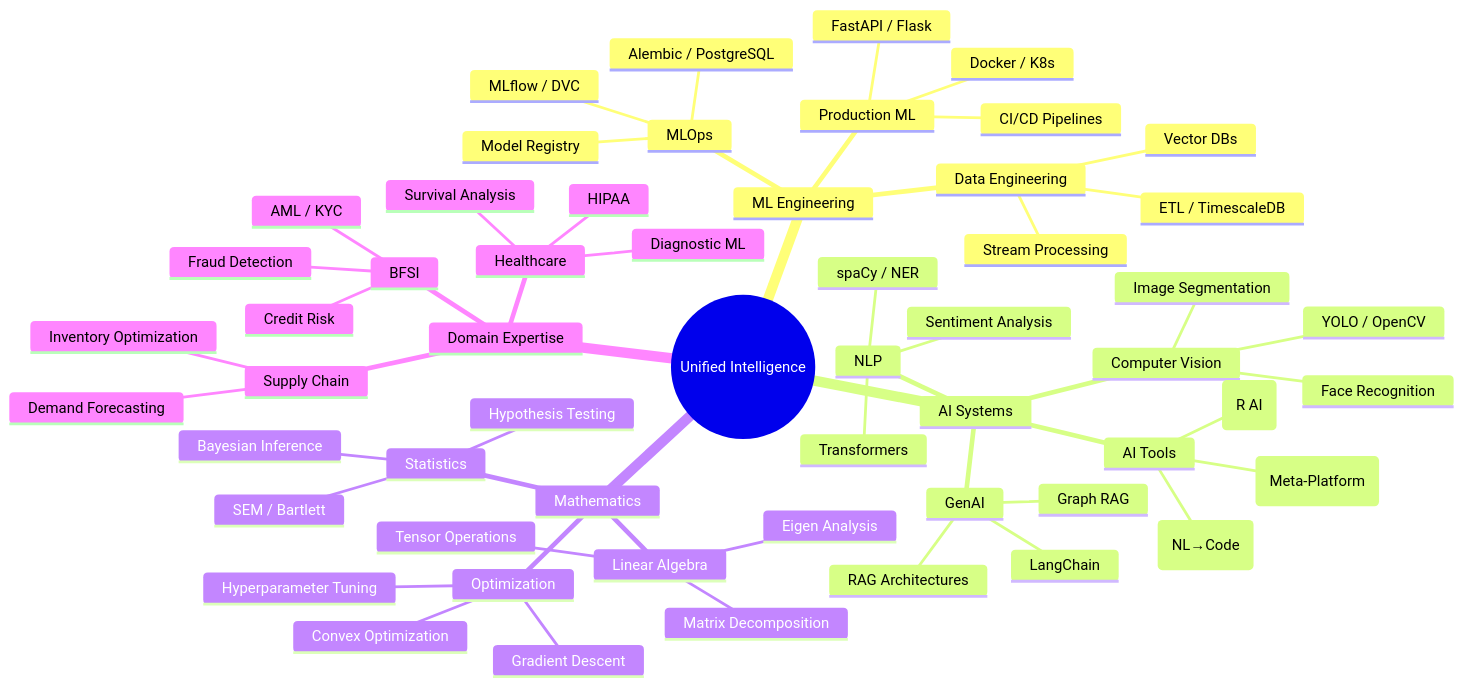
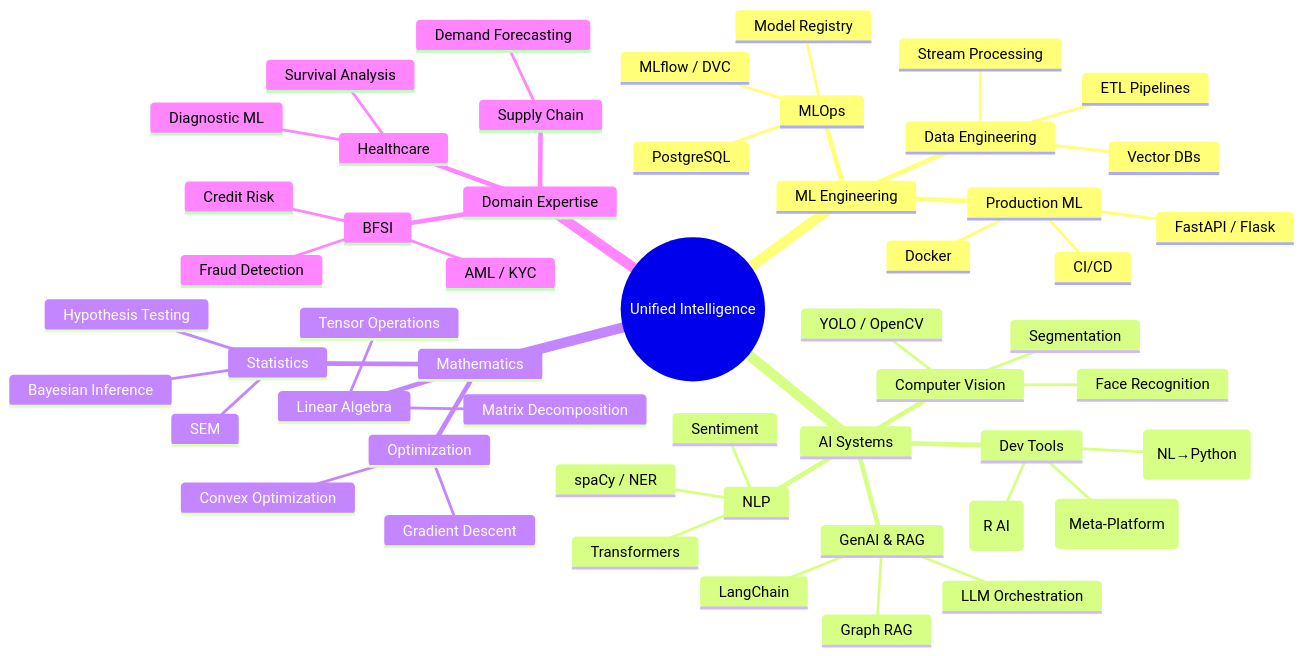
One commit to twomathematicians-code/twomathematicians-code changed the first of 3 diagrams in README.md. Above: the diagram before and after it, drawn with Mermaid. The commit also changed other lines of this file and 1 other file, not shown here.

Commit message:
Remove Career Path and Roadmap sections

````diff
--- a/README.md
+++ b/README.md
@@ -44,59 +55,55 @@
 ```mermaid
 mindmap
   root((Unified Intelligence))
     ML Engineering
       Production ML
         FastAPI / Flask
-        Docker / K8s
-        CI/CD Pipelines
+        Docker
+        CI/CD
       MLOps
         MLflow / DVC
         Model Registry
-        Alembic / PostgreSQL
+        PostgreSQL
       Data Engineering
-        ETL / TimescaleDB
+        ETL Pipelines
         Vector DBs
         Stream Processing
     AI Systems
-      GenAI
+      GenAI & RAG
         LangChain
-        RAG Architectures
         Graph RAG
+        LLM Orchestration
       NLP
         Transformers
         spaCy / NER
-        Sentiment Analysis
+        Sentiment
       Computer Vision
         YOLO / OpenCV
         Face Recognition
-        Image Segmentation
-      AI Tools
-        paix (NL→Code)
+        Segmentation
+      Dev Tools
+        paix (NL→Python)
         raix (R AI)
         Archon (Meta-Platform)
     Mathematics
       Statistics
         Bayesian Inference
         Hypothesis Testing
-        SEM / Bartlett
+        SEM
       Optimization
         Gradient Descent
         Convex Optimization
-        Hyperparameter Tuning
       Linear Algebra
         Matrix Decomposition
-        Eigen Analysis
         Tensor Operations
     Domain Expertise
       BFSI
         Credit Risk
         Fraud Detection
         AML / KYC
       Healthcare
         Diagnostic ML
         Survival Analysis
-        HIPAA
       Supply Chain
         Demand Forecasting
-        Inventory Optimization
 ```
````
